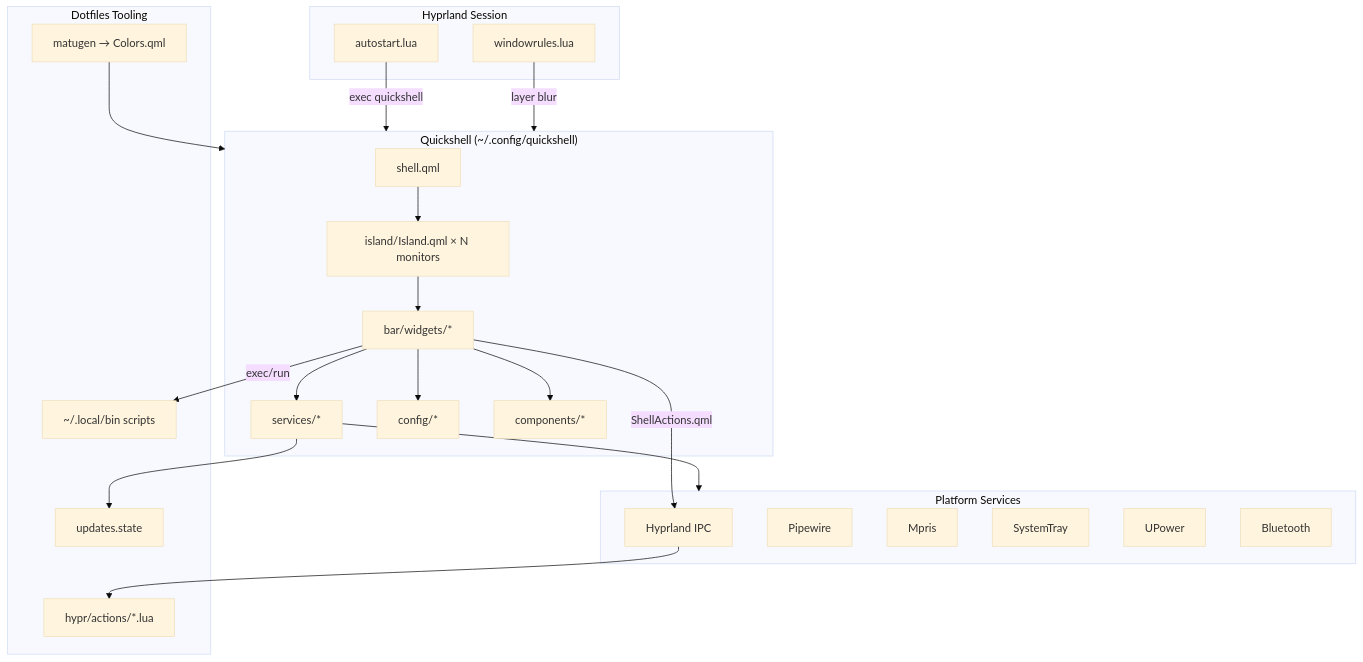
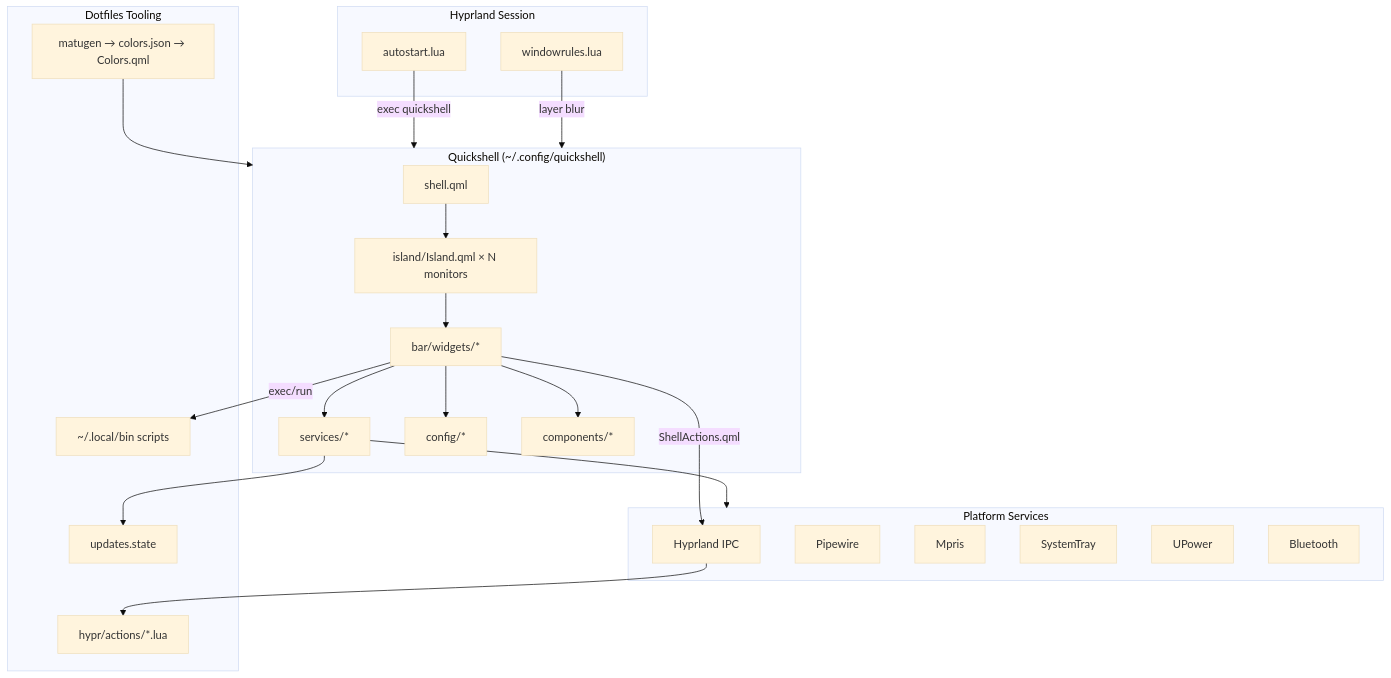
Before and after one commit to Genoux/dotfiles: the first of 4 diagrams in stow/quickshell/.config/quickshell/OVERVIEW.md, drawn with Mermaid (base theme). The commit also changed other lines of this file and 9 other files, not shown here.

First line of the commit message:
refactor(theme): read shell colours live from colors.json

````diff
--- a/stow/quickshell/.config/quickshell/OVERVIEW.md
+++ b/stow/quickshell/.config/quickshell/OVERVIEW.md
@@ -46,43 +46,43 @@
 ```mermaid
 flowchart TB
     subgraph Session["Hyprland Session"]
         AS[autostart.lua]
         WR[windowrules.lua]
     end
 
     subgraph Shell["Quickshell (~/.config/quickshell)"]
         SR[shell.qml]
         BAR[island/Island.qml × N monitors]
         W[bar/widgets/*]
         SVC[services/*]
         CFG[config/*]
         CMP[components/*]
     end
 
     subgraph Platform["Platform Services"]
         HL[Hyprland IPC]
         PW[Pipewire]
         MP[Mpris]
         ST[SystemTray]
         UP[UPower]
         BT[Bluetooth]
     end
 
     subgraph Dotfiles["Dotfiles Tooling"]
-        MAT[matugen → Colors.qml]
+        MAT[matugen → colors.json → Colors.qml]
         SCR[~/.local/bin scripts]
         LUA[hypr/actions/*.lua]
         STATE[updates.state]
     end
 
     AS -->|exec quickshell| Shell
     SR --> BAR --> W
     W --> SVC & CFG & CMP
     SVC --> Platform
     W -->|ShellActions.qml| HL
     HL --> LUA
     W -->|exec/run| SCR
     MAT --> Shell
     SVC --> STATE
     WR -->|layer blur| Shell
 ```
````
